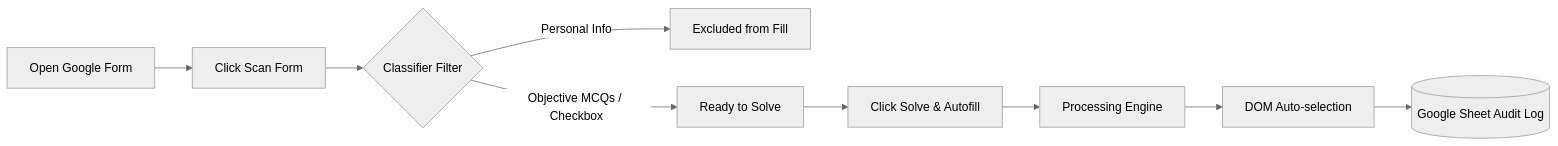
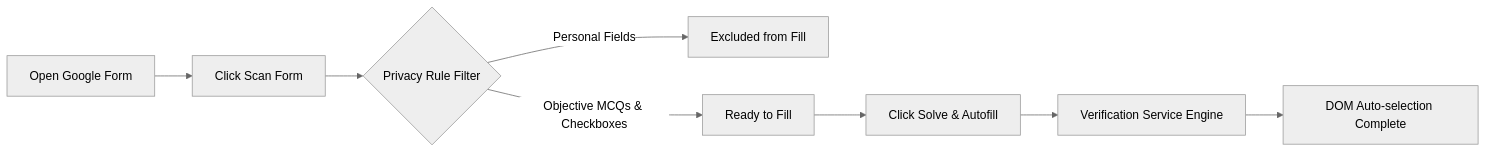
Before and after one commit to Aayush-Raj-01/Google-Form-Filler-Ai: the diagram in README.md, drawn with Mermaid (neutral theme). The commit also changed other lines of this file, not shown here.

````diff
--- a/README.md
+++ b/README.md
@@ -65,11 +64,10 @@
 ```mermaid
 flowchart LR
     A[Open Google Form] --> B[Click Scan Form]
-    B --> C{Classifier Filter}
-    C -->|Personal Info| D[Excluded from Fill]
-    C -->|Objective MCQs / Checkbox| E[Ready to Solve]
+    B --> C{Privacy Rule Filter}
+    C -->|Personal Fields| D[Excluded from Fill]
+    C -->|Objective MCQs & Checkboxes| E[Ready to Fill]
     E --> F[Click Solve & Autofill]
-    F --> G[Processing Engine]
-    G --> H[DOM Auto-selection]
-    H --> I[(Google Sheet Audit Log)]
+    F --> G[Verification Service Engine]
+    G --> H[DOM Auto-selection Complete]
 ```
````
